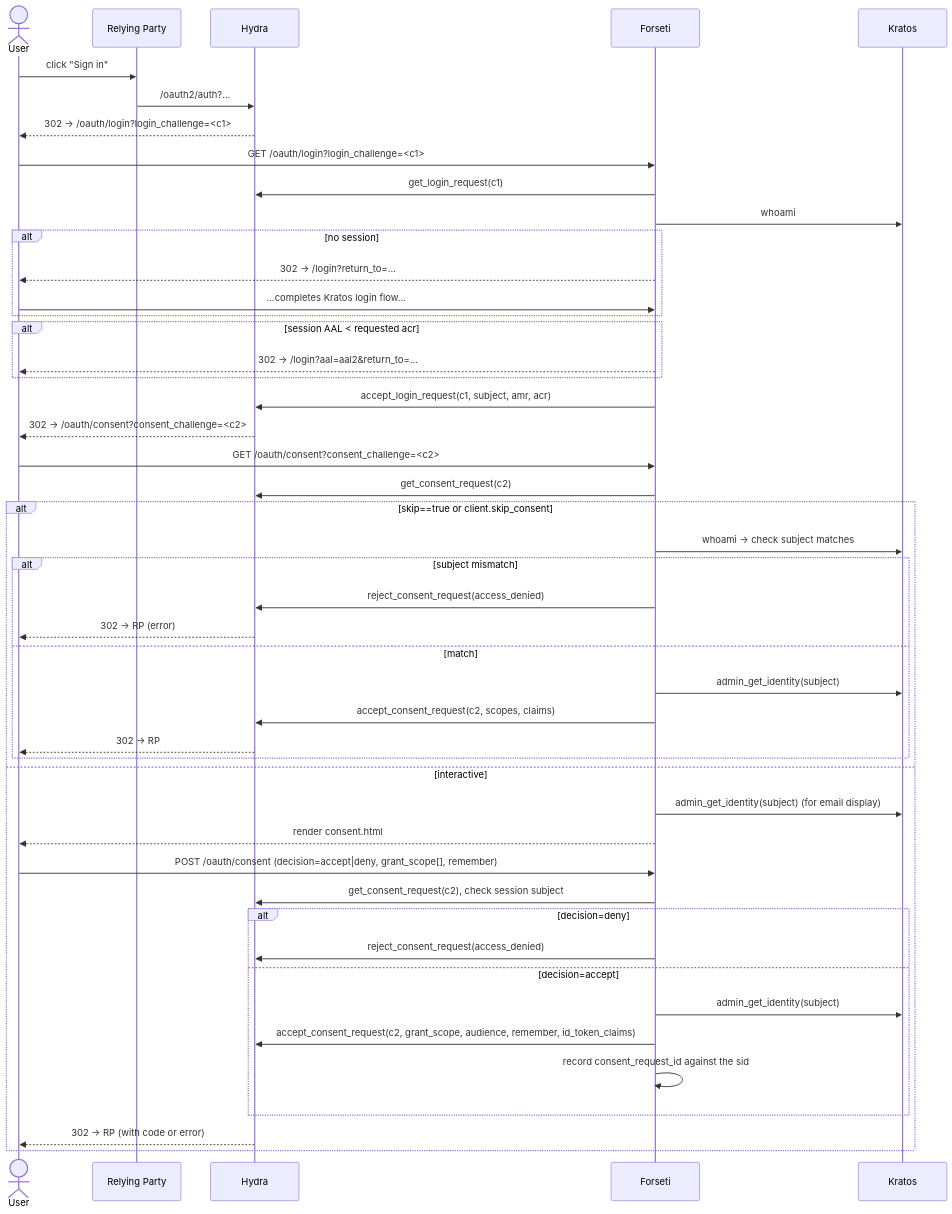
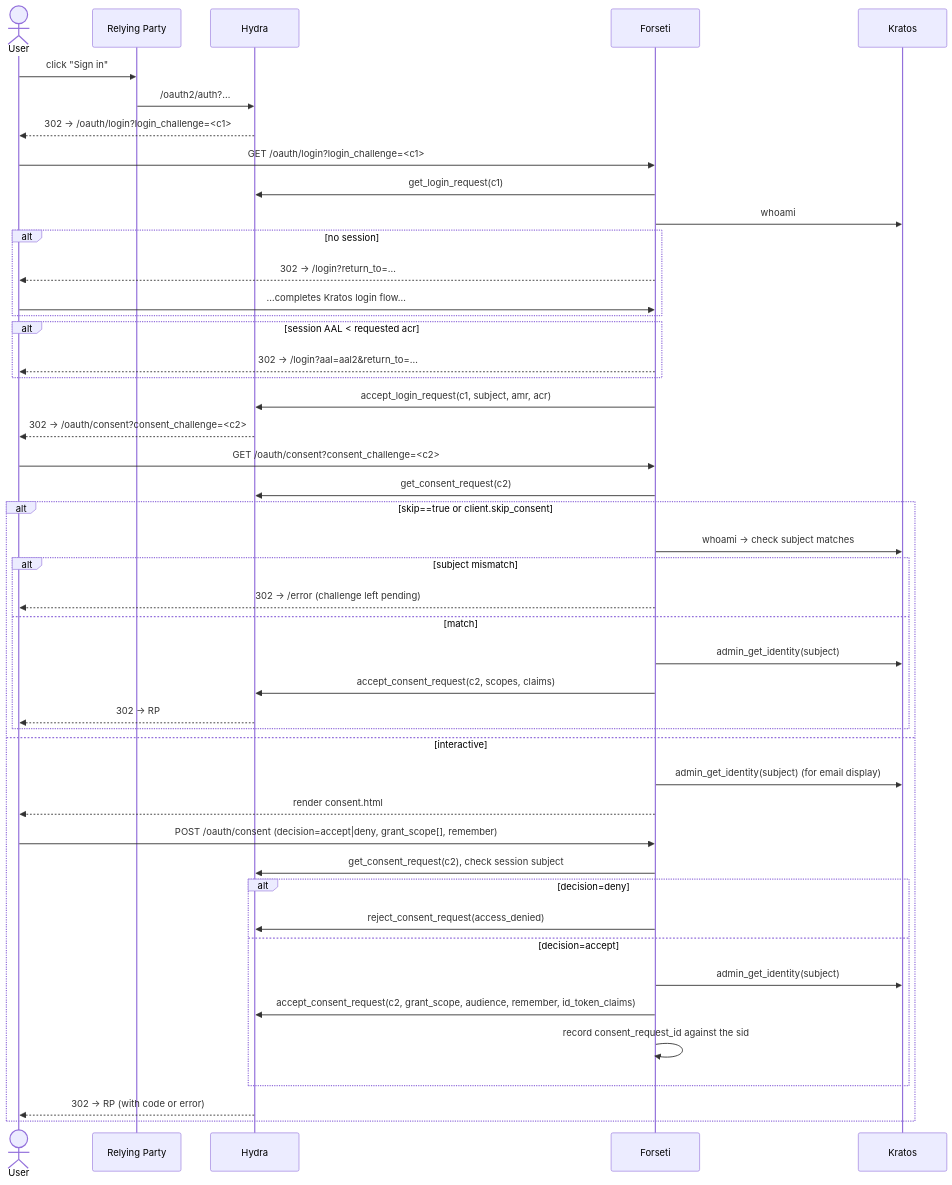
Diagram 24 of 36 in docs/dev/flows.md (franzos/forseti), drawn with Mermaid before and after one commit. The commit also changed other lines of this file and 167 other files, not shown here.

````diff
--- a/docs/dev/flows.md
+++ b/docs/dev/flows.md
@@ -1521,49 +1595,48 @@
 ```mermaid
 sequenceDiagram
     actor U as User
     participant RP as Relying Party
     participant H as Hydra
     participant P as Forseti
     participant K as Kratos
     U->>RP: click "Sign in"
     RP->>H: /oauth2/auth?…
     H-->>U: 302 → /oauth/login?login_challenge=<c1>
     U->>P: GET /oauth/login?login_challenge=<c1>
     P->>H: get_login_request(c1)
     P->>K: whoami
     alt no session
         P-->>U: 302 → /login?return_to=…
         U->>P: …completes Kratos login flow…
     end
     alt session AAL < requested acr
         P-->>U: 302 → /login?aal=aal2&return_to=…
     end
     P->>H: accept_login_request(c1, subject, amr, acr)
     H-->>U: 302 → /oauth/consent?consent_challenge=<c2>
     U->>P: GET /oauth/consent?consent_challenge=<c2>
     P->>H: get_consent_request(c2)
     alt skip==true or client.skip_consent
         P->>K: whoami → check subject matches
         alt subject mismatch
-            P->>H: reject_consent_request(access_denied)
-            H-->>U: 302 → RP (error)
+            P-->>U: 302 → /error (challenge left pending)
         else match
             P->>K: admin_get_identity(subject)
             P->>H: accept_consent_request(c2, scopes, claims)
             H-->>U: 302 → RP
         end
     else interactive
         P->>K: admin_get_identity(subject) (for email display)
         P-->>U: render consent.html
         U->>P: POST /oauth/consent (decision=accept|deny, grant_scope[], remember)
         P->>H: get_consent_request(c2), check session subject
         alt decision=deny
             P->>H: reject_consent_request(access_denied)
         else decision=accept
             P->>K: admin_get_identity(subject)
             P->>H: accept_consent_request(c2, grant_scope, audience, remember, id_token_claims)
             P->>P: record consent_request_id against the sid
         end
         H-->>U: 302 → RP (with code or error)
     end
 ```
````
